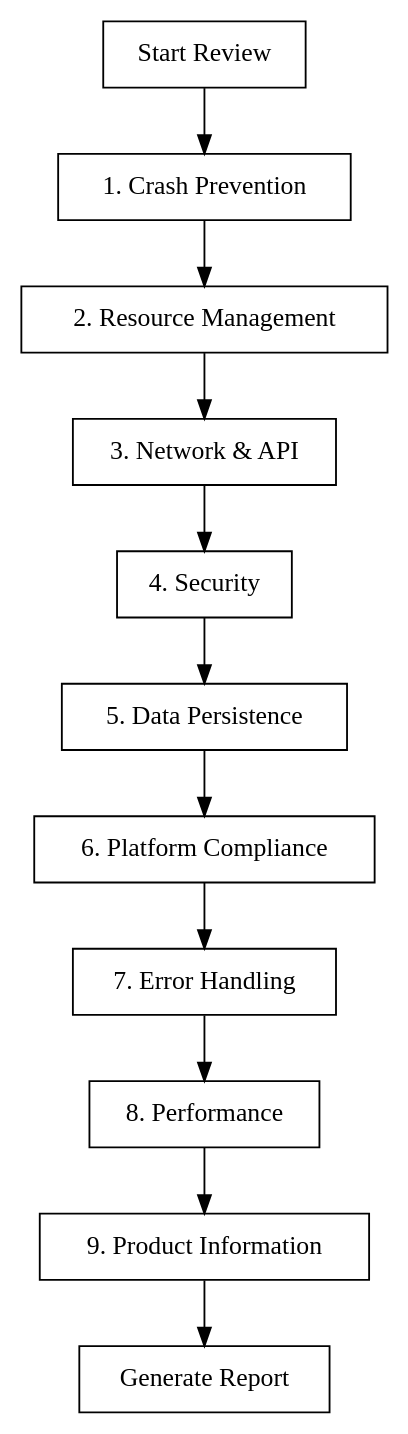
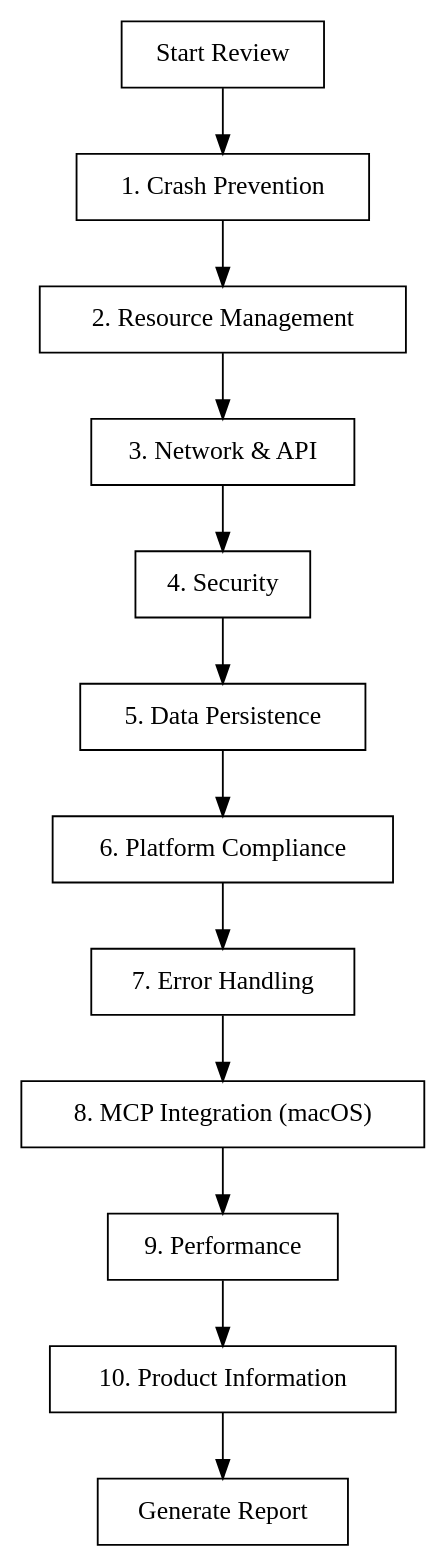
The diagram in skills/app-store-code-review/SKILL.md (BoltzmannEntropy/OSXSkills), drawn with Graphviz before and after one commit. The commit also changed other lines of this file, not shown here.

````diff
--- a/skills/app-store-code-review/SKILL.md
+++ b/skills/app-store-code-review/SKILL.md
@@ -26,17 +41,18 @@
 ```dot
 digraph review_flow {
     rankdir=TB;
     node [shape=box];
 
     "Start Review" -> "1. Crash Prevention";
     "1. Crash Prevention" -> "2. Resource Management";
     "2. Resource Management" -> "3. Network & API";
     "3. Network & API" -> "4. Security";
     "4. Security" -> "5. Data Persistence";
     "5. Data Persistence" -> "6. Platform Compliance";
     "6. Platform Compliance" -> "7. Error Handling";
-    "7. Error Handling" -> "8. Performance";
-    "8. Performance" -> "9. Product Information";
-    "9. Product Information" -> "Generate Report";
+    "7. Error Handling" -> "8. MCP Integration (macOS)";
+    "8. MCP Integration (macOS)" -> "9. Performance";
+    "9. Performance" -> "10. Product Information";
+    "10. Product Information" -> "Generate Report";
 }
 ```
````
